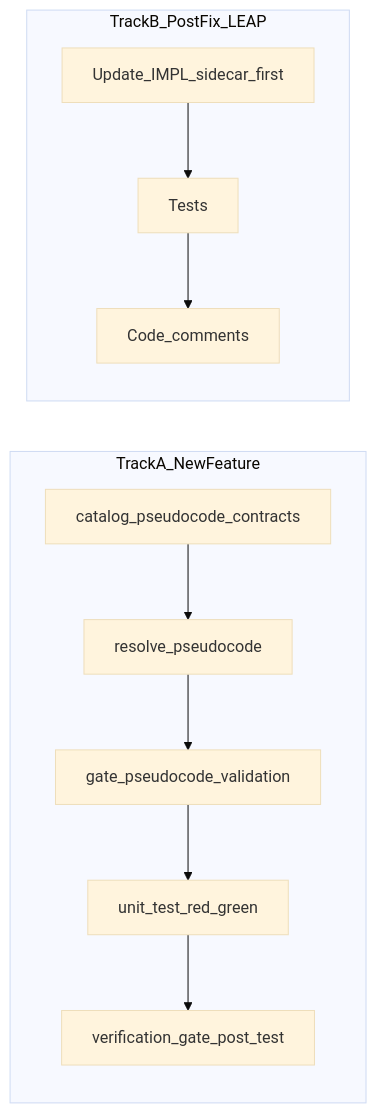
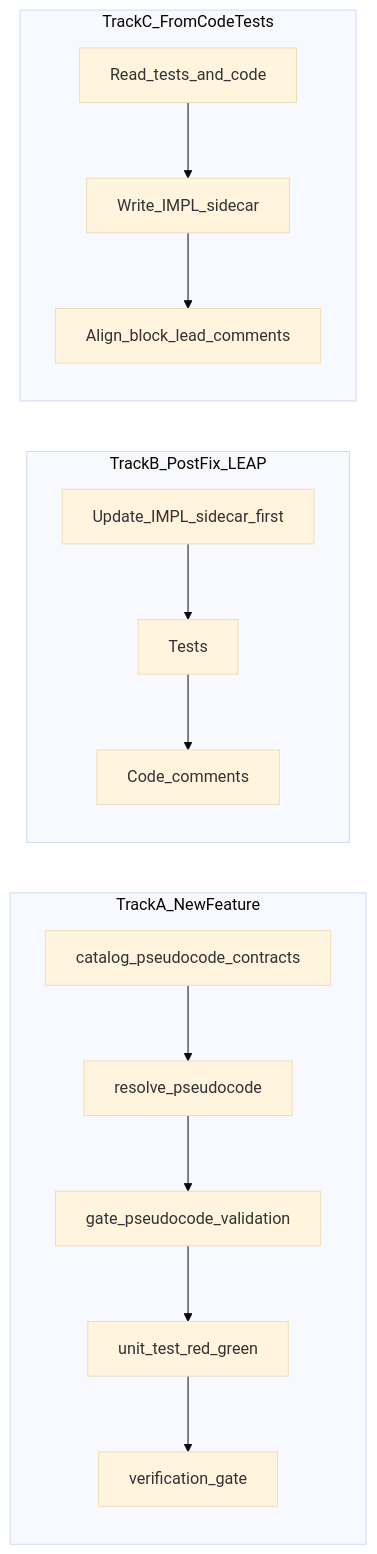
One commit to fareedst/panorama changed the first of 3 diagrams in tied/docs/pseudocode-writing-and-validation.md. Above: the diagram before and after it, drawn with Mermaid (base theme). The commit also changed other lines of this file and 345 other files, not shown here.

````diff
--- a/tied/docs/pseudocode-writing-and-validation.md
+++ b/tied/docs/pseudocode-writing-and-validation.md
@@ -47,17 +47,23 @@
 ```mermaid
 flowchart LR
   subgraph featureTrack [TrackA_NewFeature]
     CP[catalog_pseudocode_contracts]
     RP[resolve_pseudocode]
     GV[gate_pseudocode_validation]
     UR[unit_test_red_green]
-    VG[verification_gate_post_test]
+    VG[verification_gate]
     CP --> RP --> GV --> UR --> VG
   end
   subgraph fixTrack [TrackB_PostFix_LEAP]
     IMPL[Update_IMPL_sidecar_first]
     T[Tests]
     C[Code_comments]
     IMPL --> T --> C
   end
+  subgraph retrofitTrack [TrackC_FromCodeTests]
+    EV[Read_tests_and_code]
+    W[Write_IMPL_sidecar]
+    AL[Align_block_lead_comments]
+    EV --> W --> AL
+  end
 ```
````
